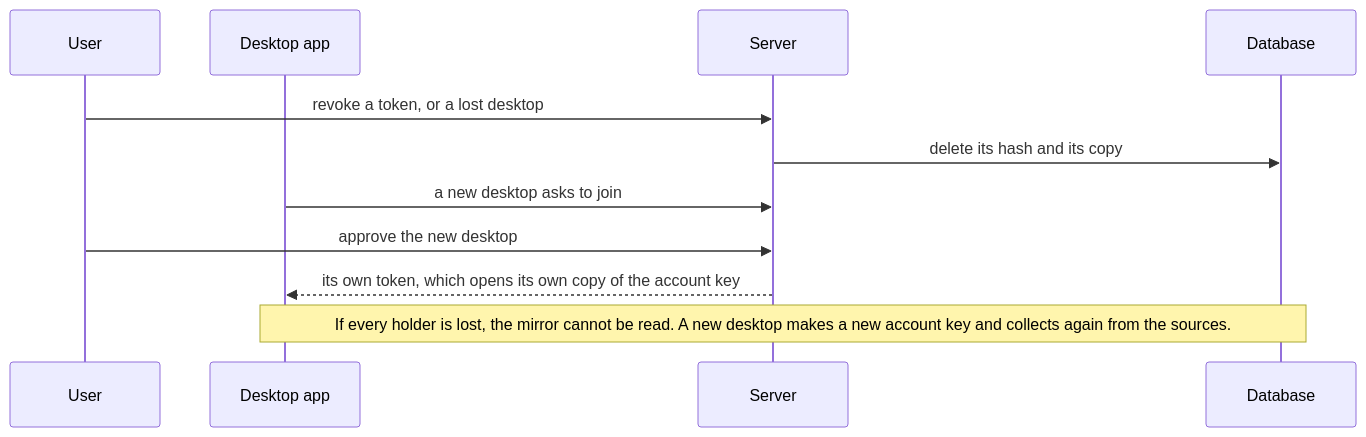
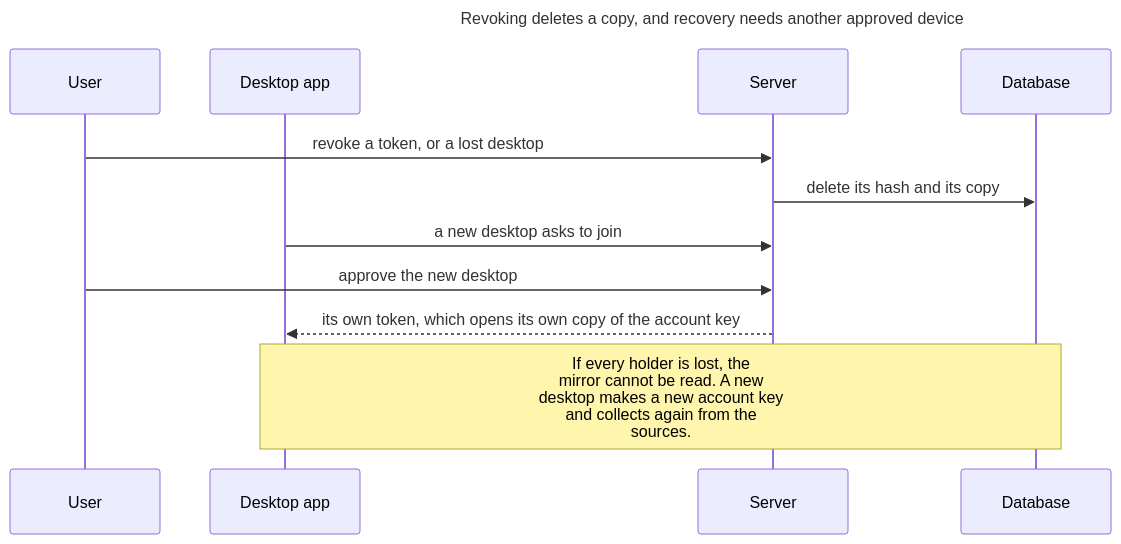
The diagram in diagrams/revoke-and-recover-4-parties.mmd (ajs-consult-llc/mirror-encryption-rfc), drawn with Mermaid before and after one commit. The commit also changed 23 other files, not shown here.

First line of the commit message:
Diagrams that read: titles, short lines, vertical layouts

```diff
--- a/diagrams/revoke-and-recover-4-parties.mmd
+++ b/diagrams/revoke-and-recover-4-parties.mmd
@@ -1,13 +1,16 @@
+---
+title: "Revoking deletes a copy, and recovery needs another approved device"
+---
 sequenceDiagram
   accTitle: Revoking deletes a copy, and recovery needs another approved device
   accDescr: Revoke and recover. The user revokes a token, or a lost desktop, and the server deletes its hash and its copy in the database. A new desktop asks the server to join, the user approves the new desktop, and the server gives the new desktop its own token, which opens its own copy of the account key. If every holder is lost, the mirror cannot be read, and a new desktop makes a new account key and collects again from the sources.
   participant U as User
   participant D as Desktop app
   participant S as Server
   participant DB as Database
   U->>S: revoke a token, or a lost desktop
   S->>DB: delete its hash and its copy
   D->>S: a new desktop asks to join
   U->>S: approve the new desktop
   S-->>D: its own token, which opens its own copy of the account key
-  Note over D,DB: If every holder is lost, the mirror cannot be read. A new desktop makes a new account key and collects again from the sources.
+  Note over D,DB: If every holder is lost, the<br/>mirror cannot be read. A new<br/>desktop makes a new account key<br/>and collects again from the<br/>sources.
```
